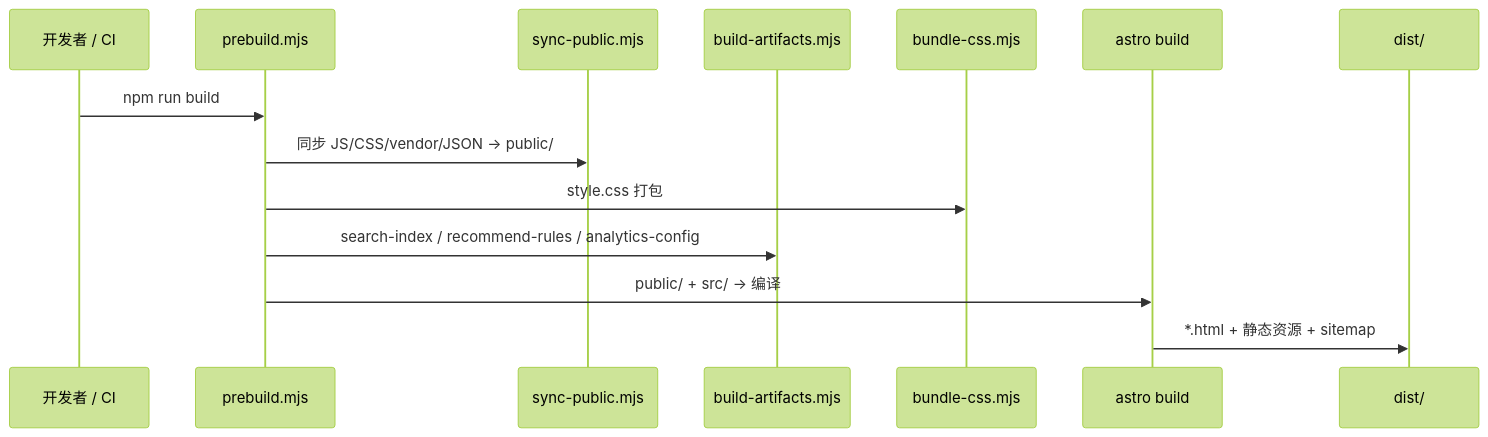
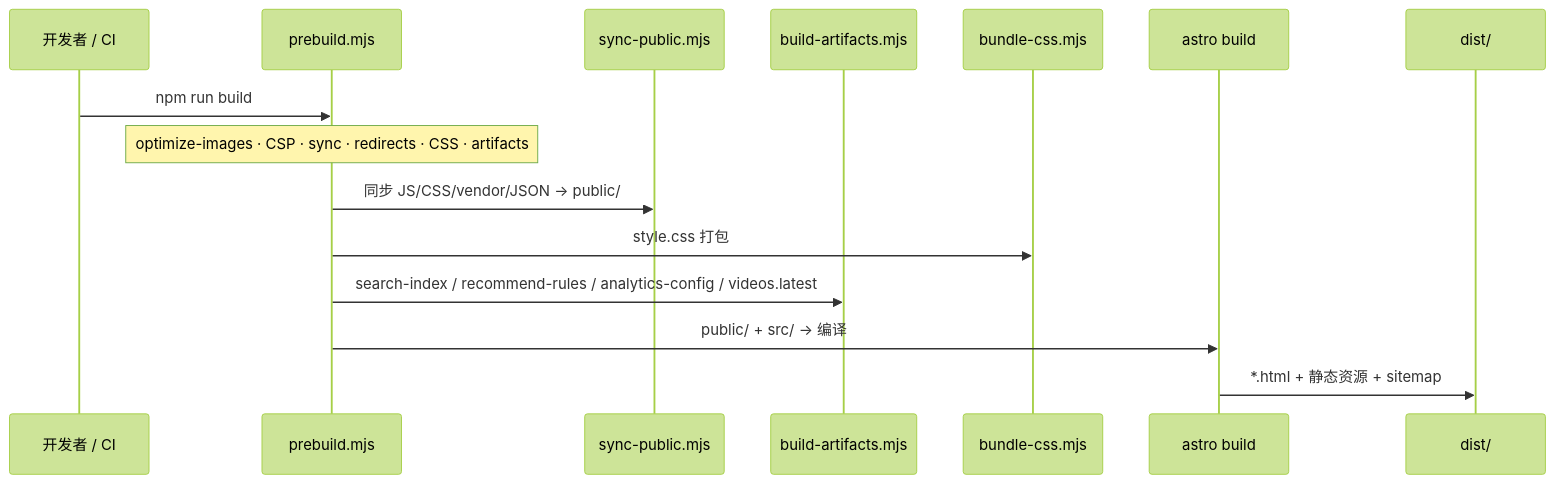
One commit to bio-apple/ai changed the third of 8 diagrams in docs/ARCHITECTURE.md. Above: the diagram before and after it, drawn with Mermaid (forest theme). The commit also changed other lines of this file and 8 other files, not shown here.

````diff
--- a/docs/ARCHITECTURE.md
+++ b/docs/ARCHITECTURE.md
@@ -102,17 +102,18 @@
 ```mermaid
 sequenceDiagram
   participant Dev as 开发者 / CI
   participant PB as prebuild.mjs
   participant SP as sync-public.mjs
   participant BA as build-artifacts.mjs
   participant BC as bundle-css.mjs
   participant AS as astro build
   participant D as dist/
 
   Dev->>PB: npm run build
+  Note over PB: optimize-images · CSP · sync · redirects · CSS · artifacts
   PB->>SP: 同步 JS/CSS/vendor/JSON → public/
   PB->>BC: style.css 打包
-  PB->>BA: search-index / recommend-rules / analytics-config
+  PB->>BA: search-index / recommend-rules / analytics-config / videos.latest
   PB->>AS: public/ + src/ → 编译
   AS->>D: *.html + 静态资源 + sitemap
 ```
````
